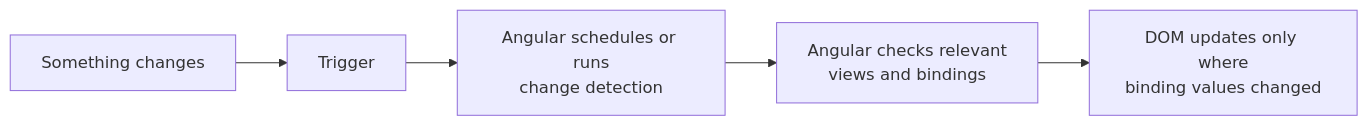
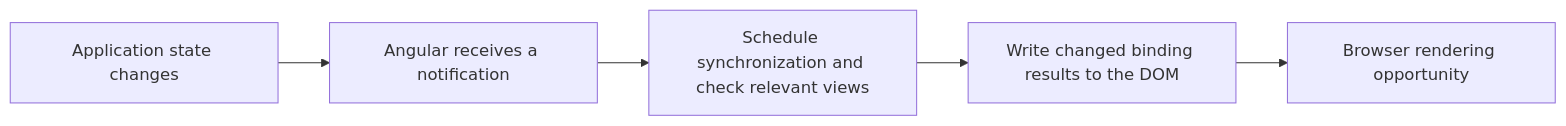
One commit to theo-matzavinos/dump changed the diagram in src/content/blog/angular-change-detection.md. Above: the diagram before and after it, drawn with Mermaid. The commit also changed other lines of this file, not shown here.

Commit message:
Rewrite Angular change detection guide

````diff
--- a/src/content/blog/angular-change-detection.md
+++ b/src/content/blog/angular-change-detection.md
@@ -72,7 +49,7 @@
 ```mermaid
 flowchart LR
-    A[Something changes] --> B[Trigger]
-    B --> C[Angular schedules or runs<br/>change detection]
-    C --> D[Angular checks relevant<br/>views and bindings]
-    D --> E[DOM updates only where<br/>binding values changed]
+    S[Application state changes] --> N[Angular receives a notification]
+    N --> C[Schedule synchronization and check relevant views]
+    C --> U[Write changed binding results to the DOM]
+    U --> P[Browser rendering opportunity]
 ```
````
